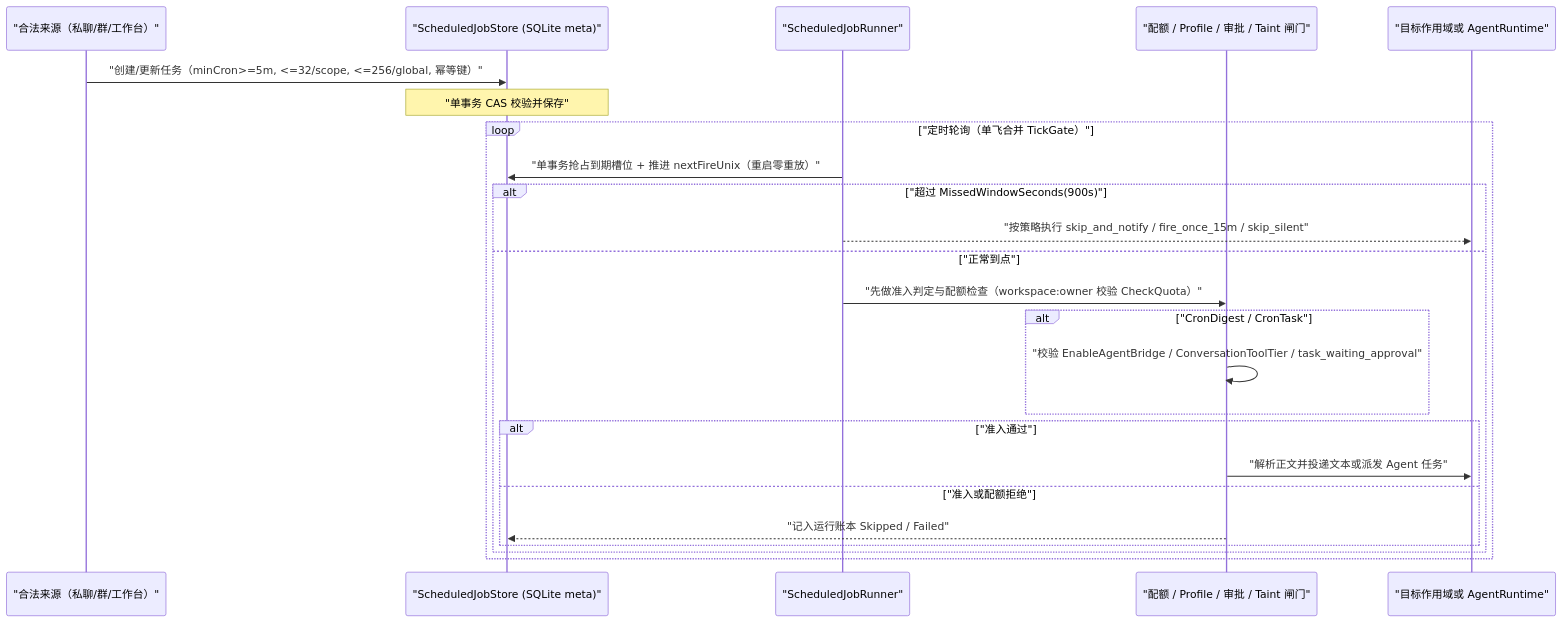
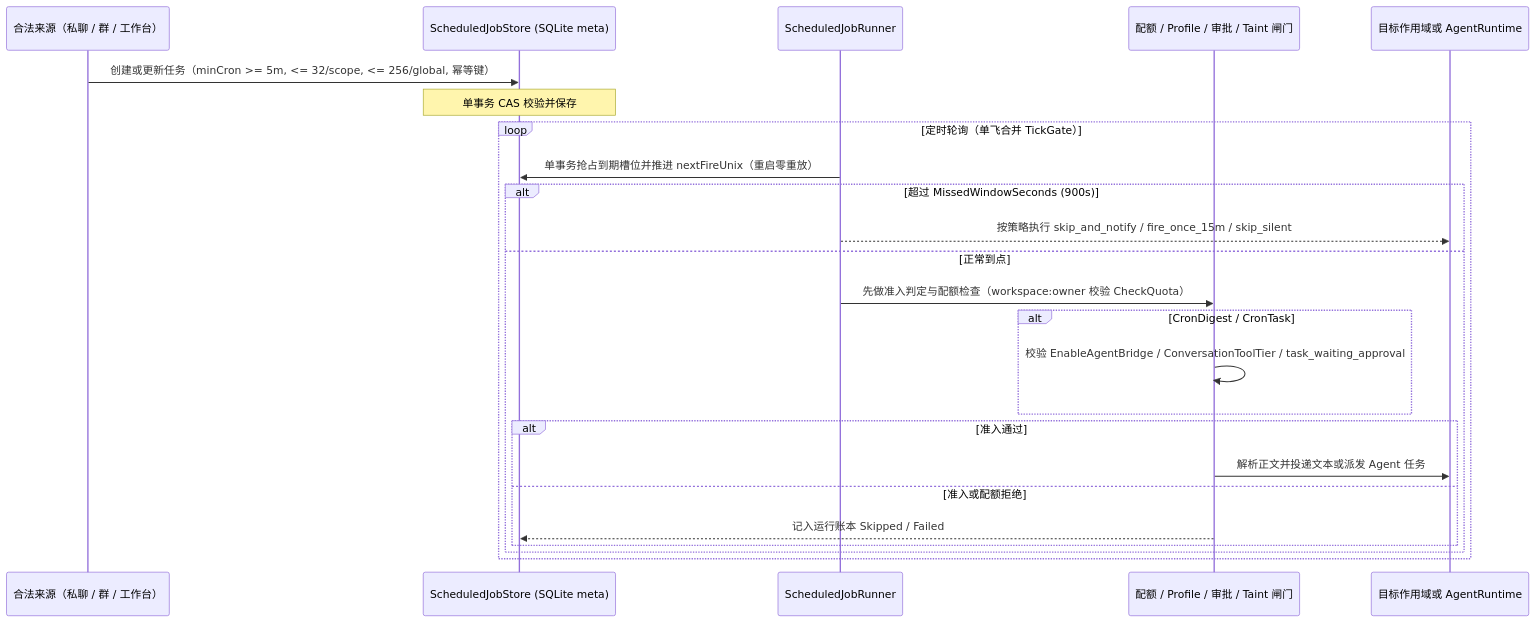
Before and after one commit to ZhaoJun233/bot-agent: the third of 3 diagrams in docs/domain/core-business-rules.md, drawn with Mermaid. The commit also changed other lines of this file and 20 other files, not shown here.

````diff
--- a/docs/domain/core-business-rules.md
+++ b/docs/domain/core-business-rules.md
@@ -167,27 +170,27 @@
 ```mermaid
 sequenceDiagram
-    participant Caller as "合法来源（私聊/群/工作台）"
-    participant JobStore as "ScheduledJobStore (SQLite meta)"
-    participant Runner as "ScheduledJobRunner"
-    participant Gate as "配额 / Profile / 审批 / Taint 闸门"
-    participant Target as "目标作用域或 AgentRuntime"
+    participant Caller as 合法来源（私聊 / 群 / 工作台）
+    participant JobStore as ScheduledJobStore (SQLite meta)
+    participant Runner as ScheduledJobRunner
+    participant Gate as 配额 / Profile / 审批 / Taint 闸门
+    participant Target as 目标作用域或 AgentRuntime
 
-    Caller->>JobStore: "创建/更新任务（minCron>=5m, <=32/scope, <=256/global, 幂等键）"
-    Note over JobStore: "单事务 CAS 校验并保存"
-    loop "定时轮询（单飞合并 TickGate）"
-        Runner->>JobStore: "单事务抢占到期槽位 + 推进 nextFireUnix（重启零重放）"
-        alt "超过 MissedWindowSeconds(900s)"
-            Runner-->>Target: "按策略执行 skip_and_notify / fire_once_15m / skip_silent"
-        else "正常到点"
-            Runner->>Gate: "先做准入判定与配额检查（workspace:owner 校验 CheckQuota）"
-            alt "CronDigest / CronTask"
-                Gate->>Gate: "校验 EnableAgentBridge / ConversationToolTier / task_waiting_approval"
+    Caller->>JobStore: 创建或更新任务（minCron >= 5m, <= 32/scope, <= 256/global, 幂等键）
+    Note over JobStore: 单事务 CAS 校验并保存
+    loop 定时轮询（单飞合并 TickGate）
+        Runner->>JobStore: 单事务抢占到期槽位并推进 nextFireUnix（重启零重放）
+        alt 超过 MissedWindowSeconds (900s)
+            Runner-->>Target: 按策略执行 skip_and_notify / fire_once_15m / skip_silent
+        else 正常到点
+            Runner->>Gate: 先做准入判定与配额检查（workspace:owner 校验 CheckQuota）
+            alt CronDigest / CronTask
+                Gate->>Gate: 校验 EnableAgentBridge / ConversationToolTier / task_waiting_approval
             end
-            alt "准入通过"
-                Gate->>Target: "解析正文并投递文本或派发 Agent 任务"
-            else "准入或配额拒绝"
-                Gate-->>JobStore: "记入运行账本 Skipped / Failed"
+            alt 准入通过
+                Gate->>Target: 解析正文并投递文本或派发 Agent 任务
+            else 准入或配额拒绝
+                Gate-->>JobStore: 记入运行账本 Skipped / Failed
             end
         end
     end
 ```
````
